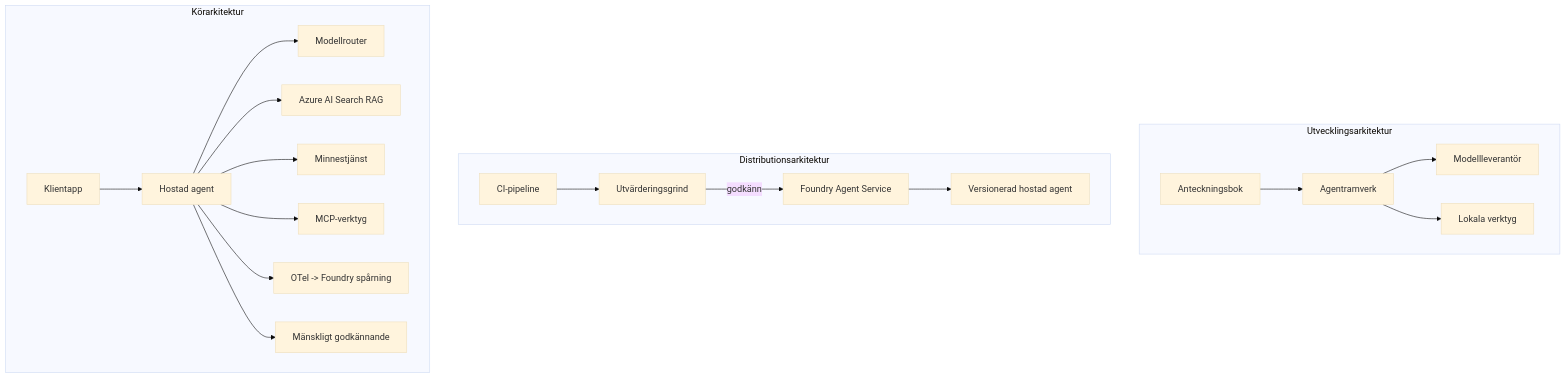
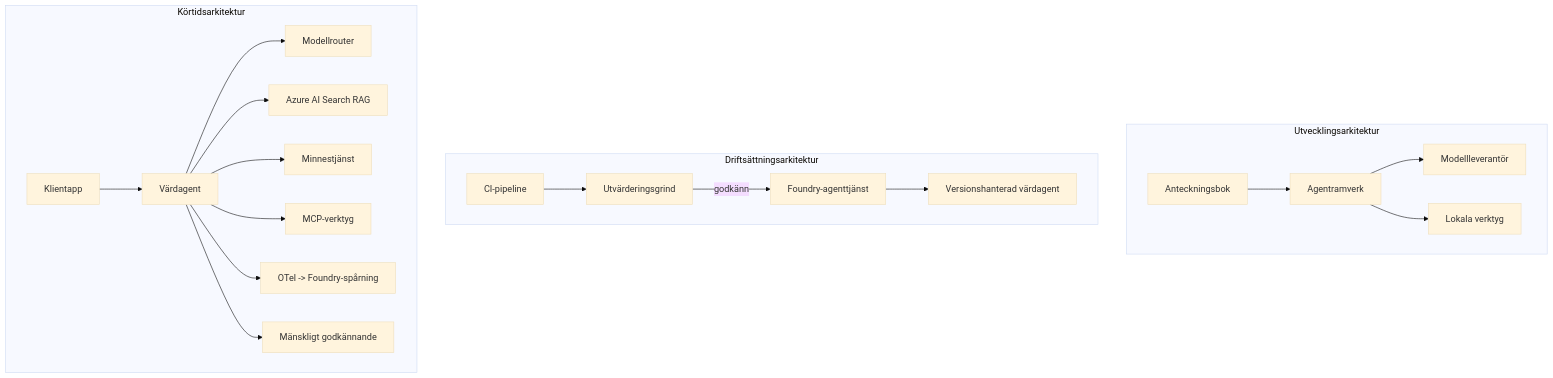
The fourth of 4 diagrams in translations/sv/16-deploying-scalable-agents/README.md (microsoft/ai-agents-for-beginners), drawn with Mermaid (base theme) before and after one commit. The commit also changed other lines of this file and 46 other files, not shown here.

````diff
--- a/translations/sv/16-deploying-scalable-agents/README.md
+++ b/translations/sv/16-deploying-scalable-agents/README.md
@@ -185,22 +185,22 @@
 ```mermaid
 flowchart TB
     subgraph Dev[Utvecklingsarkitektur]
         D1[Anteckningsbok] --> D2[Agentramverk]
         D2 --> D3[Modellleverantör]
         D2 --> D4[Lokala verktyg]
     end
-    subgraph Deploy[Distributionsarkitektur]
+    subgraph Deploy[Driftsättningsarkitektur]
         E1[CI-pipeline] --> E2[Utvärderingsgrind]
-        E2 -->|godkänn| E3[Foundry Agent Service]
-        E3 --> E4[Versionerad hostad agent]
+        E2 -->|godkänn| E3[Foundry-agenttjänst]
+        E3 --> E4[Versionshanterad värdagent]
     end
-    subgraph Run[Körarkitektur]
-        F1[Klientapp] --> F2[Hostad agent]
+    subgraph Run[Körtidsarkitektur]
+        F1[Klientapp] --> F2[Värdagent]
         F2 --> F3[Modellrouter]
         F2 --> F4[Azure AI Search RAG]
         F2 --> F5[Minnestjänst]
         F2 --> F6[MCP-verktyg]
-        F2 --> F7[OTel -> Foundry spårning]
+        F2 --> F7[OTel -> Foundry-spårning]
         F2 --> F8[Mänskligt godkännande]
     end
 ```
````
